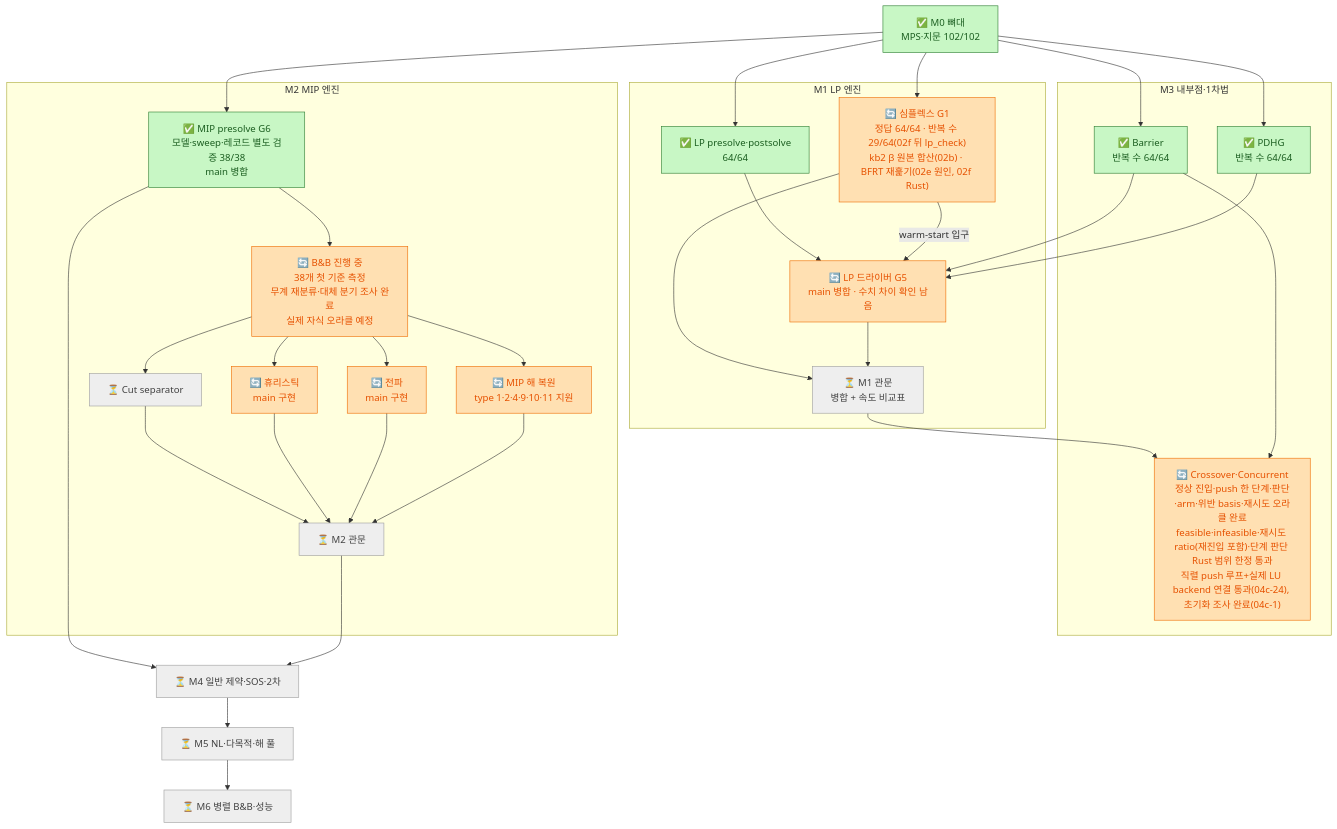
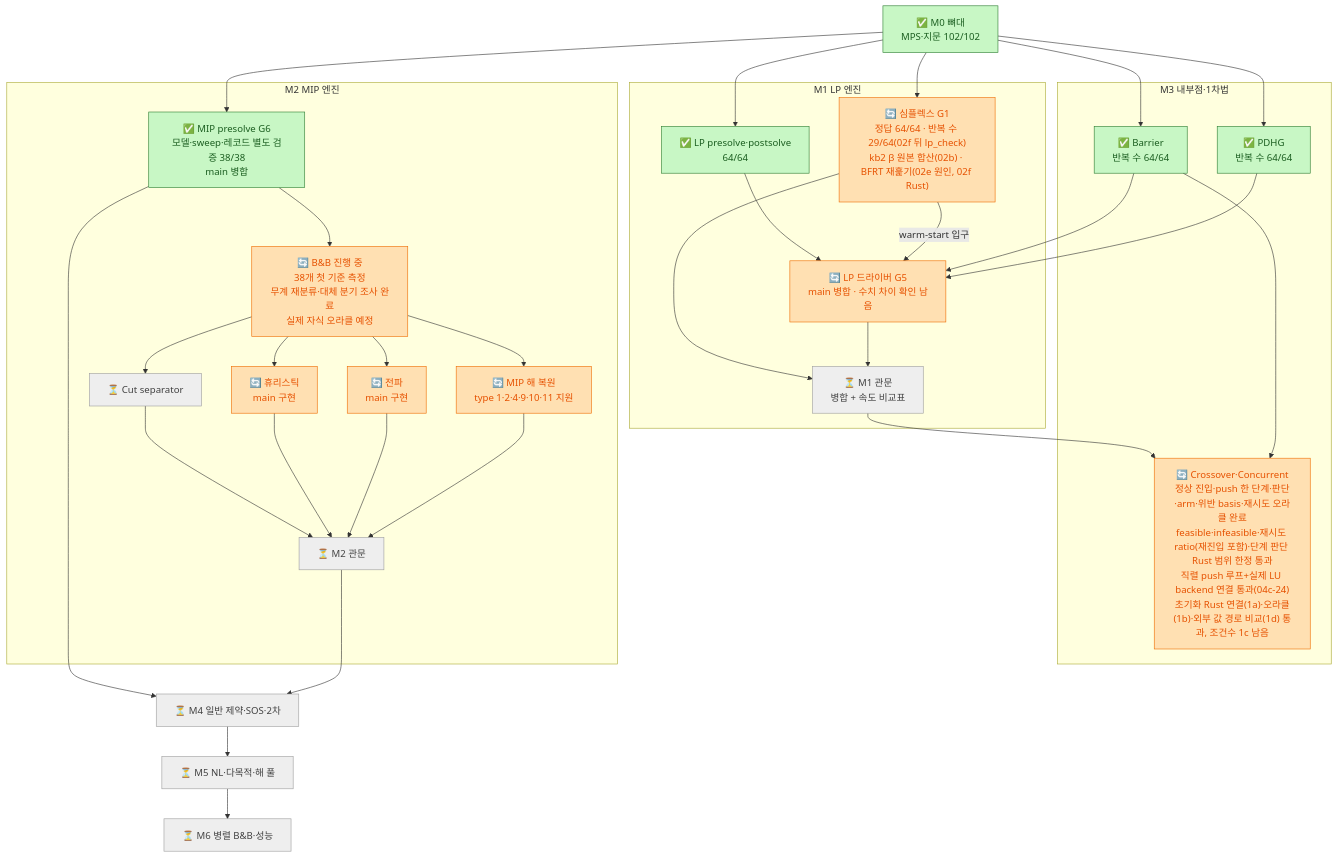
One commit to kjh278231/kerobi changed the diagram in docs/12_roadmap_diagram.md. Above: the diagram before and after it, drawn with Mermaid. The commit also changed other lines of this file and 7 other files, not shown here.

````diff
--- a/docs/12_roadmap_diagram.md
+++ b/docs/12_roadmap_diagram.md
@@ -203,49 +205,49 @@
 ```mermaid
 flowchart TD
     classDef done fill:#c8f7c5,stroke:#2e7d32,color:#1b5e20
     classDef doing fill:#ffe0b2,stroke:#ef6c00,color:#e65100
     classDef pending fill:#bbdefb,stroke:#1565c0,color:#0d47a1
     classDef todo fill:#eeeeee,stroke:#9e9e9e,color:#424242
 
     M0["✅ M0 뼈대<br/>MPS·지문 102/102"]:::done
 
     subgraph M1["M1 LP 엔진"]
         PRE["✅ LP presolve·postsolve<br/>64/64"]:::done
         SPX["🔄 심플렉스 G1<br/>정답 64/64 · 반복 수 29/64(02f 뒤 lp_check)<br/>kb2 β 원본 합산(02b) · BFRT 재훑기(02e 원인, 02f Rust)"]:::doing
         DRV["🔄 LP 드라이버 G5<br/>main 병합 · 수치 차이 확인 남음"]:::doing
         GATE1["⏳ M1 관문<br/>병합 + 속도 비교표"]:::todo
     end
 
     subgraph M3["M3 내부점·1차법"]
         BAR["✅ Barrier<br/>반복 수 64/64"]:::done
         PDHG["✅ PDHG<br/>반복 수 64/64"]:::done
-        XO["🔄 Crossover·Concurrent<br/>정상 진입·push 한 단계·판단·arm·위반 basis·재시도 오라클 완료<br/>feasible·infeasible·재시도 ratio(재진입 포함)·단계 판단 Rust 범위 한정 통과<br/>직렬 push 루프+실제 LU backend 연결 통과(04c-24), 초기화 조사 완료(04c-1)"]:::doing
+        XO["🔄 Crossover·Concurrent<br/>정상 진입·push 한 단계·판단·arm·위반 basis·재시도 오라클 완료<br/>feasible·infeasible·재시도 ratio(재진입 포함)·단계 판단 Rust 범위 한정 통과<br/>직렬 push 루프+실제 LU backend 연결 통과(04c-24)<br/>초기화 Rust 연결(1a)·오라클(1b)·외부 값 경로 비교(1d) 통과, 조건수 1c 남음"]:::doing
     end
 
     subgraph M2["M2 MIP 엔진"]
         MPRE["✅ MIP presolve G6<br/>모델·sweep·레코드 별도 검증 38/38<br/>main 병합"]:::done
         BNB["🔄 B&B 진행 중<br/>38개 첫 기준 측정<br/>무계 재분류·대체 분기 조사 완료<br/>실제 자식 오라클 예정"]:::doing
         CUT["⏳ Cut separator"]:::todo
         HEU["🔄 휴리스틱<br/>main 구현"]:::doing
         PROP["🔄 전파<br/>main 구현"]:::doing
         POST["🔄 MIP 해 복원<br/>type 1·2·4·9·10·11 지원"]:::doing
         GATE2["⏳ M2 관문"]:::todo
     end
 
     M4["⏳ M4 일반 제약·SOS·2차"]:::todo
     M5["⏳ M5 NL·다목적·해 풀"]:::todo
     M6["⏳ M6 병렬 B&B·성능"]:::todo
 
     M0 --> PRE & SPX & BAR & PDHG & MPRE
     PRE --> DRV
     BAR & PDHG --> DRV
     SPX -- "warm-start 입구" --> DRV
     SPX & DRV --> GATE1
     GATE1 --> XO
     BAR --> XO
     MPRE --> BNB
     BNB --> CUT & HEU & PROP & POST
     CUT & HEU & PROP & POST --> GATE2
     MPRE --> M4
     GATE2 --> M4 --> M5 --> M6
 ```
````
